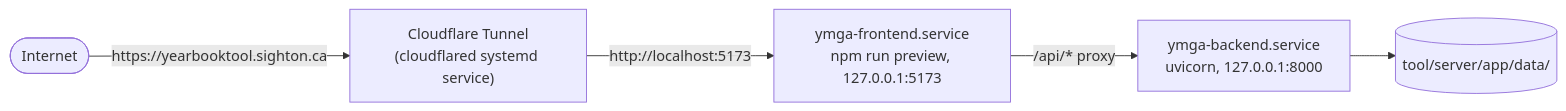
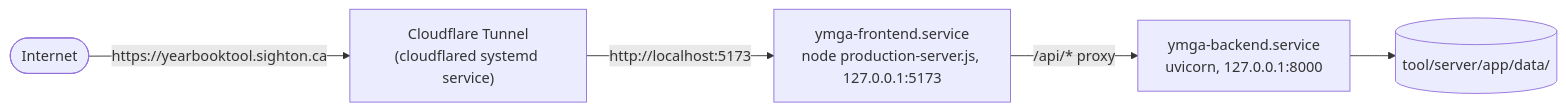
One commit to Sighton-GH/YearbookAutomator changed the fifth of 5 diagrams in docs/01-architecture.md. Above: the diagram before and after it, drawn with Mermaid. The commit also changed 11 other files, not shown here.

````diff
--- a/docs/01-architecture.md
+++ b/docs/01-architecture.md
@@ -190,7 +190,7 @@
 ```mermaid
 flowchart LR
     internet(["Internet"]) -- "https://yearbooktool.sighton.ca" --> tunnel["Cloudflare Tunnel<br/>(cloudflared systemd service)"]
-    tunnel -- "http://localhost:5173" --> fe["ymga-frontend.service<br/>npm run preview, 127.0.0.1:5173"]
+    tunnel -- "http://localhost:5173" --> fe["ymga-frontend.service<br/>node production-server.js, 127.0.0.1:5173"]
     fe -- "/api/* proxy" --> be["ymga-backend.service<br/>uvicorn, 127.0.0.1:8000"]
     be --> data[("tool/server/app/data/")]
 ```
````
